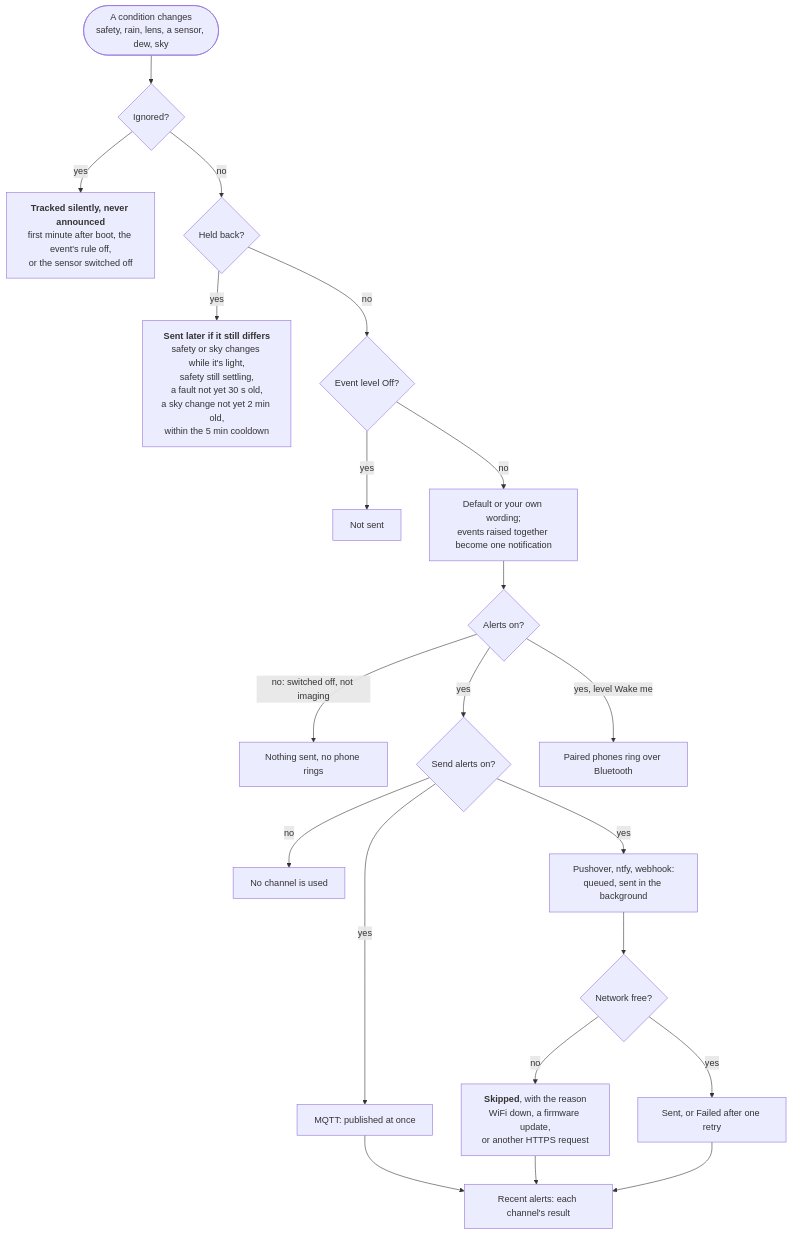
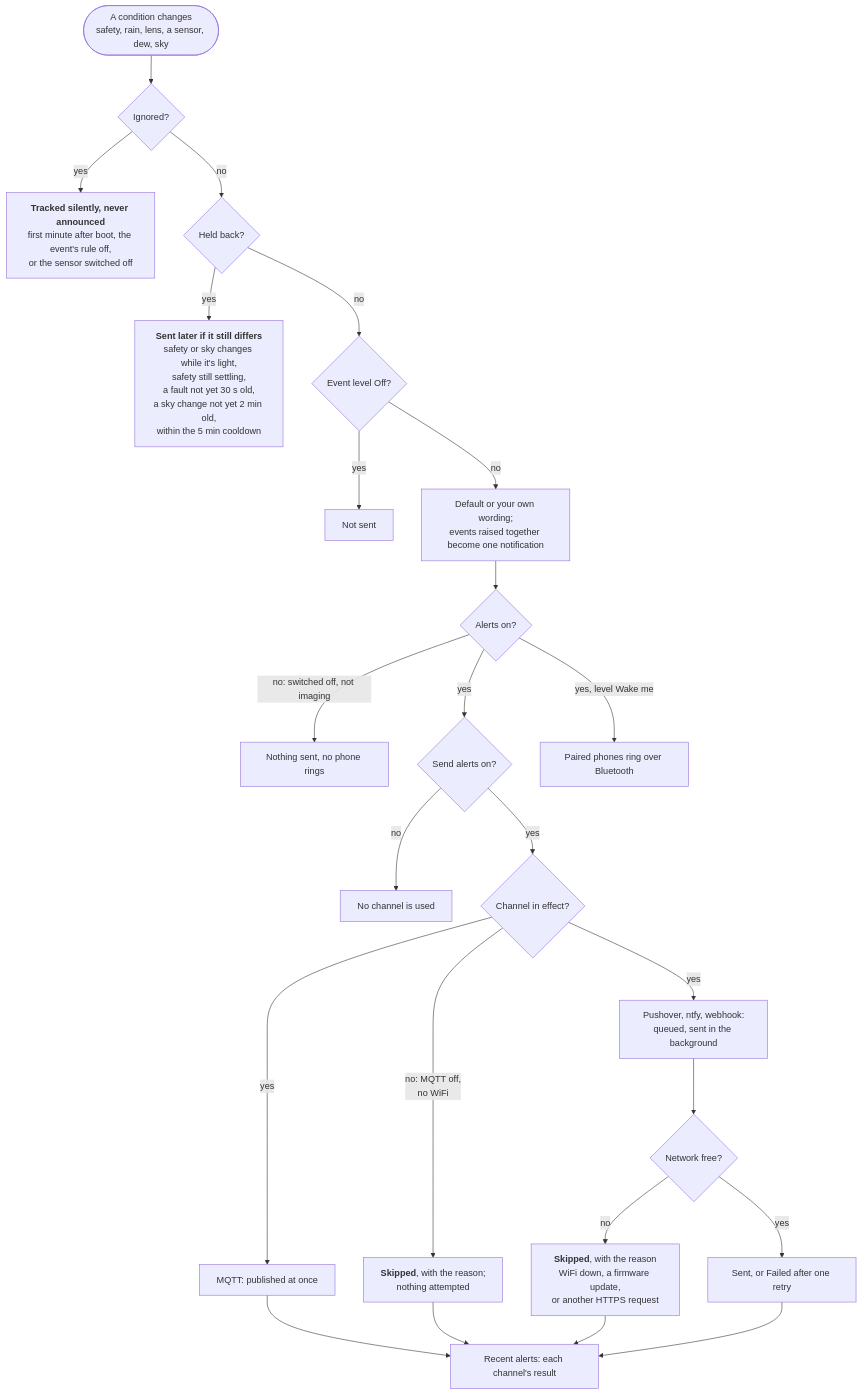
The diagram in docs/user-guide/alerts.md (DeanJ87/SQMeter), drawn with Mermaid before and after one commit. The commit also changed other lines of this file and 7 other files, not shown here.

Commit message:
docs(020): alert and MQTT diagrams show inactive channels and the conditional Alerts switch; reconfirm diagram fingerprints

````diff
--- a/docs/user-guide/alerts.md
+++ b/docs/user-guide/alerts.md
@@ -14,25 +14,28 @@
 ```mermaid
 flowchart TB
     accTitle: Why an alert does or doesn't arrive
     accDescr: Each second the device compares every condition with what you were last told. A change can be tracked silently, held back for now, or dropped by its level; otherwise it is worded and, if alerts are on, sent to every enabled channel, with each channel's result recorded.
     CHANGE(["A condition changes<br/>safety, rain, lens, a sensor, dew, sky"]) --> SILENT{"Ignored?"}
     SILENT -->|yes| TRACKED["<b>Tracked silently, never announced</b><br/>first minute after boot, the event's rule off,<br/>or the sensor switched off"]
     SILENT -->|no| HELD{"Held back?"}
     HELD -->|yes| LATER["<b>Sent later if it still differs</b><br/>safety or sky changes while it's light,<br/>safety still settling,<br/>a fault not yet 30 s old,<br/>a sky change not yet 2 min old,<br/>within the 5 min cooldown"]
     HELD -->|no| LEVEL{"Event level Off?"}
     LEVEL -->|yes| DROPPED["Not sent"]
     LEVEL -->|no| WORDING["Default or your own wording;<br/>events raised together become one notification"]
     WORDING --> ON{"Alerts on?"}
     ON -->|"no: switched off, not imaging"| NOTHING["Nothing sent, no phone rings"]
     ON -->|yes| MASTER{"Send alerts on?"}
     ON -->|"yes, level Wake me"| BLE["Paired phones ring over Bluetooth"]
     MASTER -->|no| NOPUSH["No channel is used"]
-    MASTER -->|yes| MQTT["MQTT: published at once"]
-    MASTER -->|yes| HTTP["Pushover, ntfy, webhook:<br/>queued, sent in the background"]
+    MASTER -->|yes| INEFFECT{"Channel in effect?"}
+    INEFFECT -->|"no: MQTT off,<br/>no WiFi"| INACTIVE["<b>Skipped</b>, with the reason;<br/>nothing attempted"]
+    INEFFECT -->|yes| MQTT["MQTT: published at once"]
+    INEFFECT -->|yes| HTTP["Pushover, ntfy, webhook:<br/>queued, sent in the background"]
     HTTP --> CANSEND{"Network free?"}
     CANSEND -->|no| SKIPPED["<b>Skipped</b>, with the reason<br/>WiFi down, a firmware update,<br/>or another HTTPS request"]
     CANSEND -->|yes| SENT["Sent, or Failed after one retry"]
     MQTT --> RECENT["Recent alerts: each channel's result"]
+    INACTIVE --> RECENT
     SKIPPED --> RECENT
     SENT --> RECENT
 ```
````
